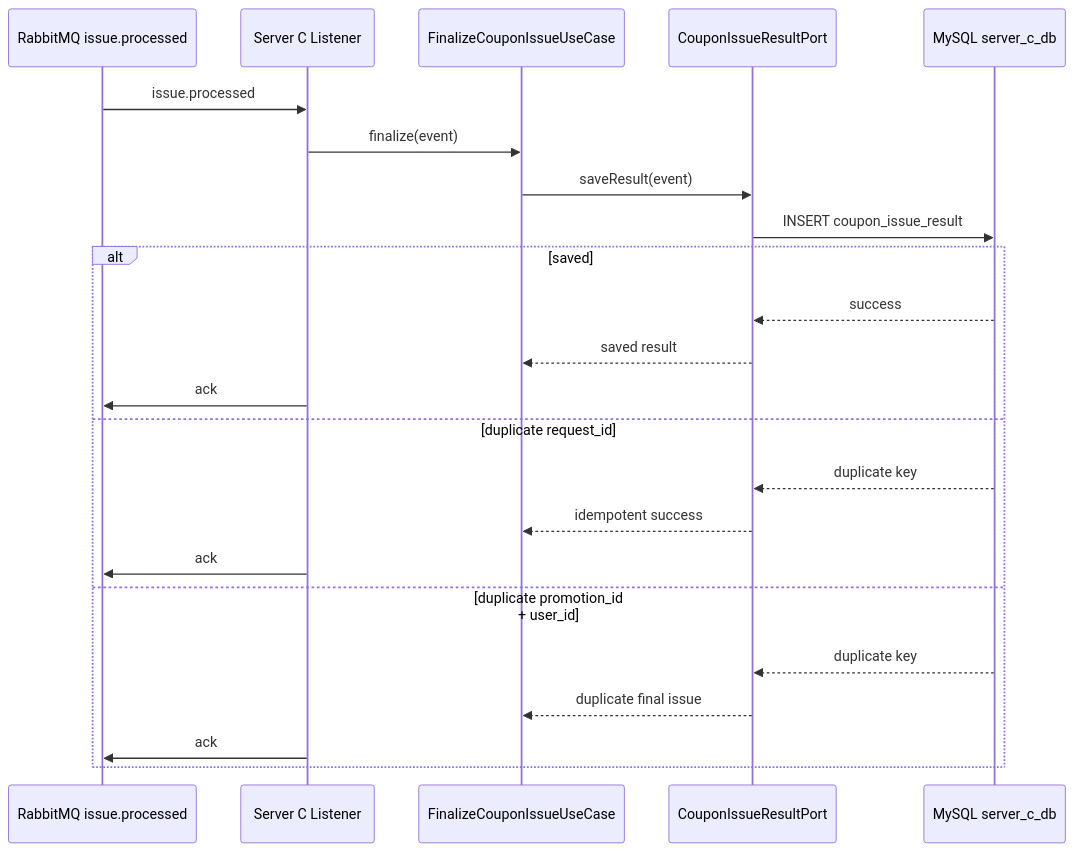
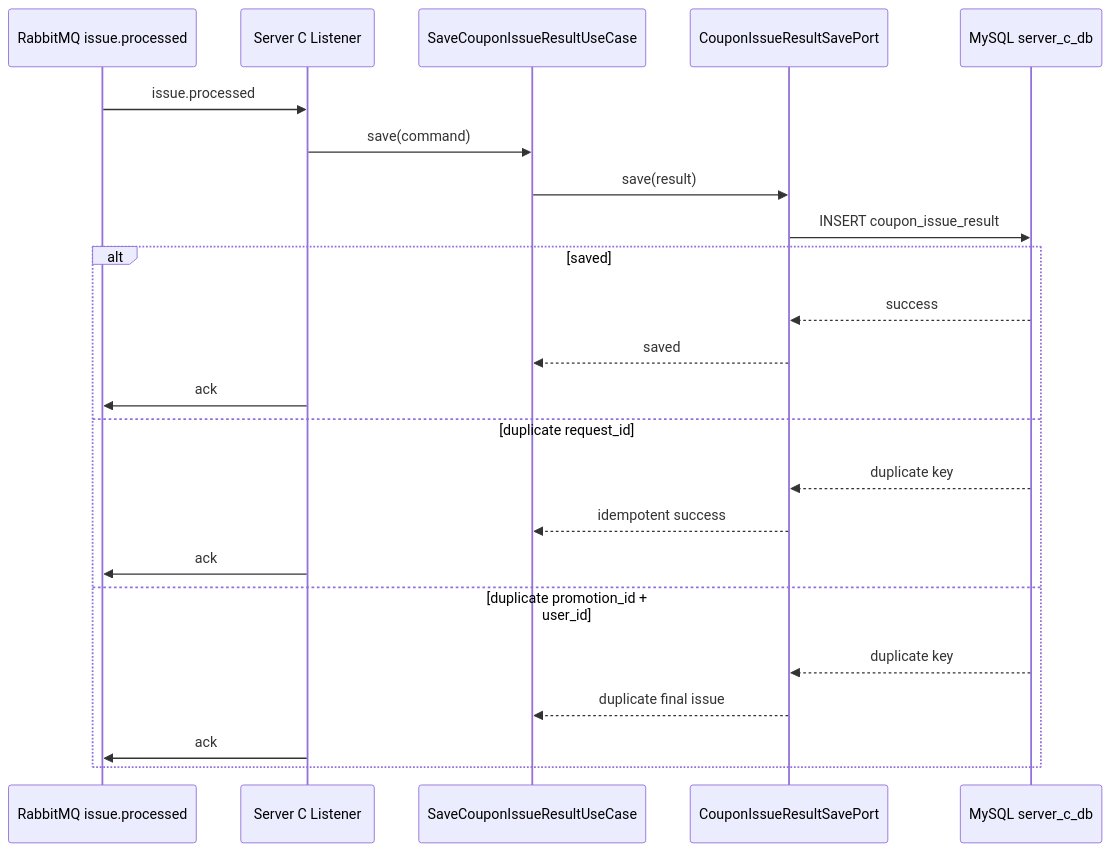
The fourth of 8 diagrams in docs/02-sequence-diagrams.md (yht0827/promotion-dispatcher), drawn with Mermaid before and after one commit. The commit also changed other lines of this file and 3 other files, not shown here.

````diff
--- a/docs/02-sequence-diagrams.md
+++ b/docs/02-sequence-diagrams.md
@@ -135,27 +143,27 @@
 ```mermaid
 sequenceDiagram
     participant MQ as RabbitMQ issue.processed
     participant L as Server C Listener
-    participant UC as FinalizeCouponIssueUseCase
-    participant RP as CouponIssueResultPort
+    participant UC as SaveCouponIssueResultUseCase
+    participant RP as CouponIssueResultSavePort
     participant DB as MySQL server_c_db
 
     MQ->>L: issue.processed
-    L->>UC: finalize(event)
-    UC->>RP: saveResult(event)
+    L->>UC: save(command)
+    UC->>RP: save(result)
     RP->>DB: INSERT coupon_issue_result
 
     alt saved
         DB-->>RP: success
-        RP-->>UC: saved result
+        RP-->>UC: saved
         L->>MQ: ack
     else duplicate request_id
         DB-->>RP: duplicate key
         RP-->>UC: idempotent success
         L->>MQ: ack
     else duplicate promotion_id + user_id
         DB-->>RP: duplicate key
         RP-->>UC: duplicate final issue
         L->>MQ: ack
     end
 ```
````
